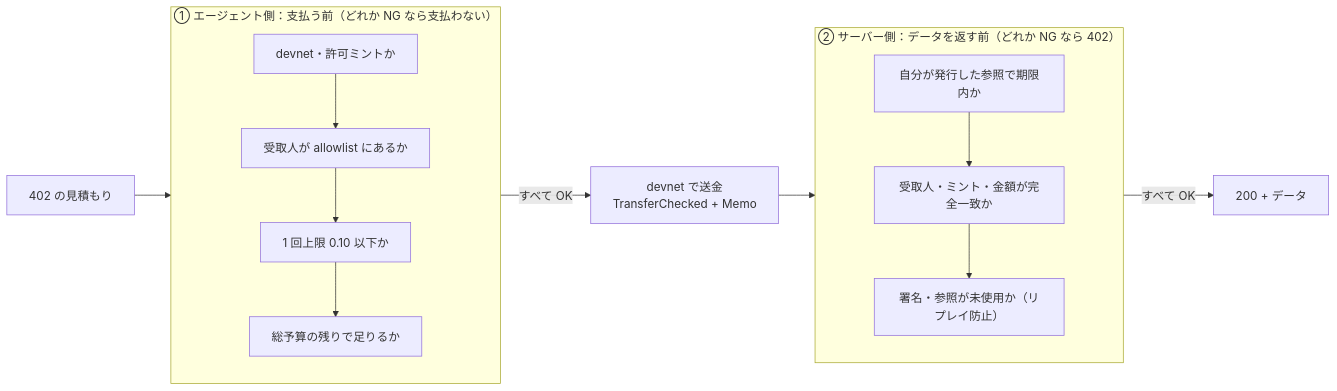
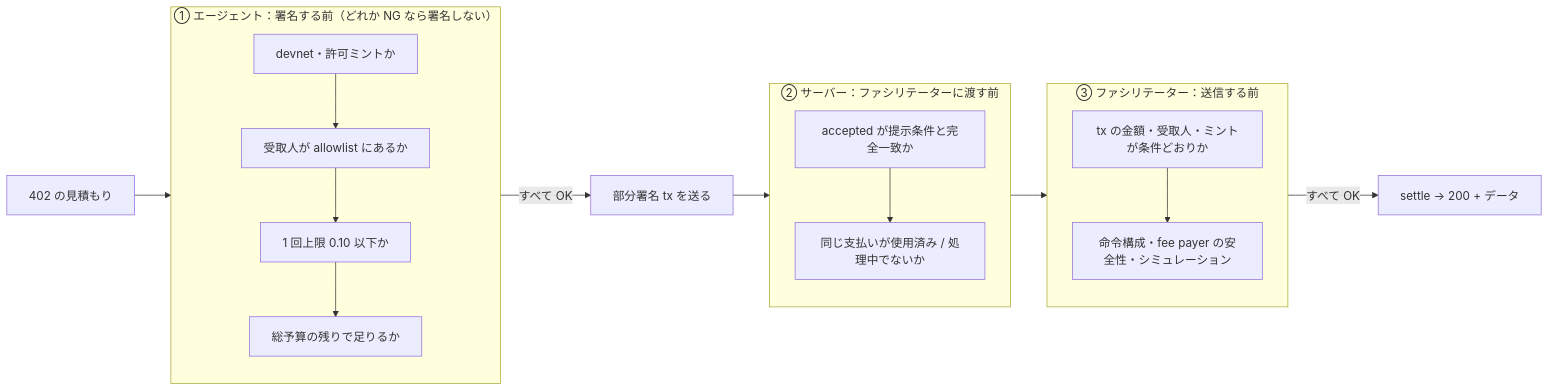
One commit to shoya-sue/solana-agent-pay changed the third of 3 diagrams in README.md. Above: the diagram before and after it, drawn with Mermaid. The commit also changed other lines of this file and 37 other files, not shown here.

````diff
--- a/README.md
+++ b/README.md
@@ -109,15 +121,20 @@
 ```mermaid
 flowchart LR
     Q["402 の見積もり"] --> AG
-    subgraph AG["① エージェント側：支払う前（どれか NG なら支払わない）"]
+    subgraph AG["① エージェント：署名する前（どれか NG なら署名しない）"]
         direction TB
         G1["devnet・許可ミントか"] --> G2["受取人が allowlist にあるか"] --> G3["1 回上限 0.10 以下か"] --> G4["総予算の残りで足りるか"]
     end
-    AG -->|すべて OK| PAY["devnet で送金<br/>TransferChecked + Memo"]
-    PAY --> SV
-    subgraph SV["② サーバー側：データを返す前（どれか NG なら 402）"]
+    AG -->|すべて OK| SIGN["部分署名 tx を送る"]
+    SIGN --> SV
+    subgraph SV["② サーバー：ファシリテーターに渡す前"]
         direction TB
-        V1["自分が発行した参照で期限内か"] --> V2["受取人・ミント・金額が完全一致か"] --> V3["署名・参照が未使用か（リプレイ防止）"]
+        V1["accepted が提示条件と完全一致か"] --> V2["同じ支払いが使用済み / 処理中でないか"]
     end
-    SV -->|すべて OK| OK["200 + データ"]
+    SV --> FV
+    subgraph FV["③ ファシリテーター：送信する前"]
+        direction TB
+        F1["tx の金額・受取人・ミントが条件どおりか"] --> F2["命令構成・fee payer の安全性・シミュレーション"]
+    end
+    FV -->|すべて OK| OK["settle → 200 + データ"]
 ```
````
